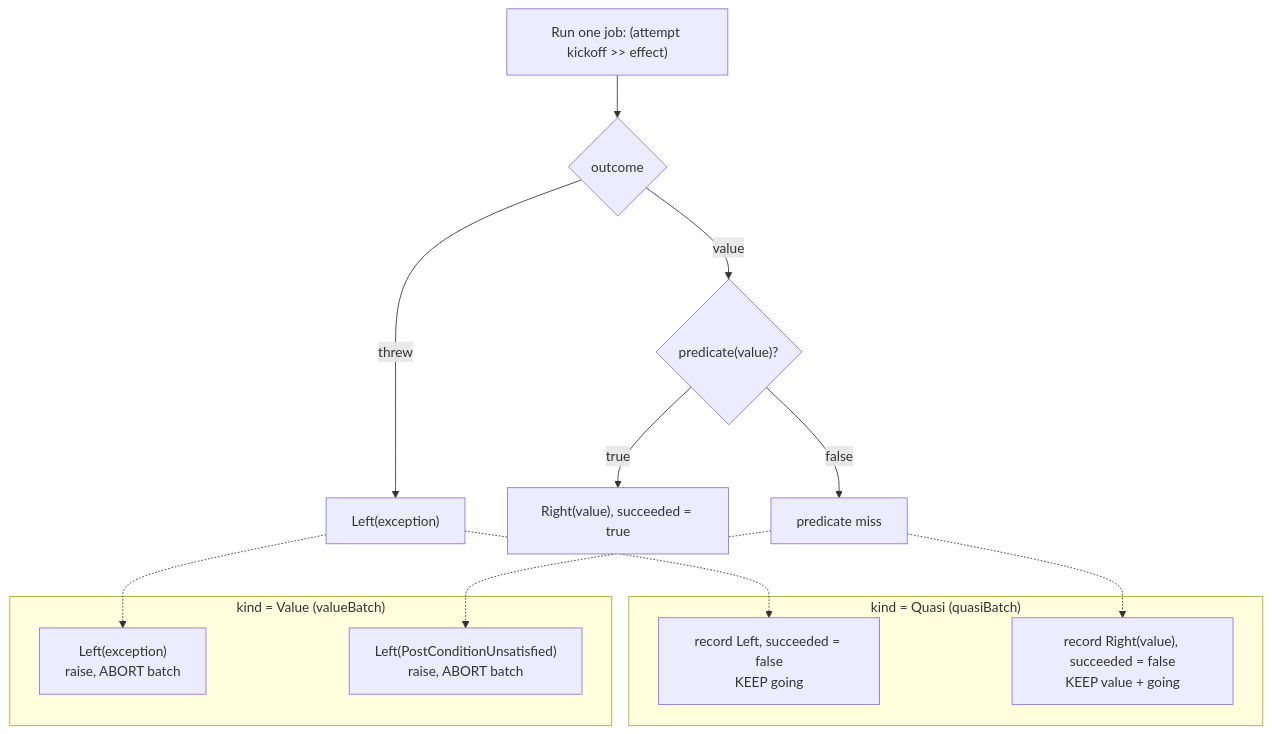
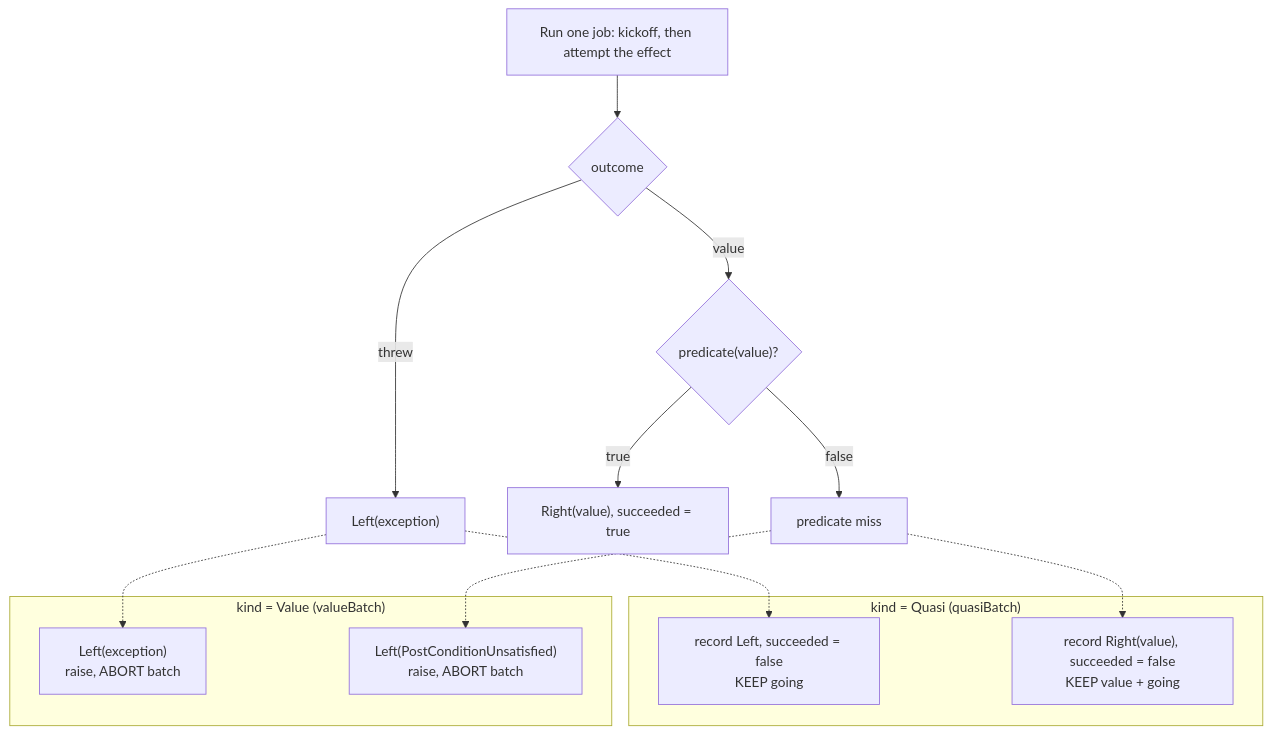
Before and after one commit to chenharryhua/nanjin: the second of 7 diagrams in guard/doc/README.md, drawn with Mermaid. The commit also changed other lines of this file, not shown here.

````diff
--- a/guard/doc/README.md
+++ b/guard/doc/README.md
@@ -46,23 +161,23 @@
 ```mermaid
 flowchart TD
-    job["Run one job: (attempt kickoff >> effect)"] --> outcome{"outcome"}
+    job["Run one job: kickoff, then attempt the effect"] --> outcome{"outcome"}
     outcome -->|threw| ex["Left(exception)"]
     outcome -->|value| pred{"predicate(value)?"}
     pred -->|true| ok["Right(value), succeeded = true"]
     pred -->|false| miss["predicate miss"]
 
     subgraph Quasi["kind = Quasi (quasiBatch)"]
         qex["record Left, succeeded = false<br/>KEEP going"]
         qmiss["record Right(value), succeeded = false<br/>KEEP value + going"]
     end
 
     subgraph Value["kind = Value (valueBatch)"]
         vex["Left(exception)<br/>raise, ABORT batch"]
         vmiss["Left(PostConditionUnsatisfied)<br/>raise, ABORT batch"]
     end
 
     ex -.-> qex
     miss -.-> qmiss
     ex -.-> vex
     miss -.-> vmiss
 ```
````
